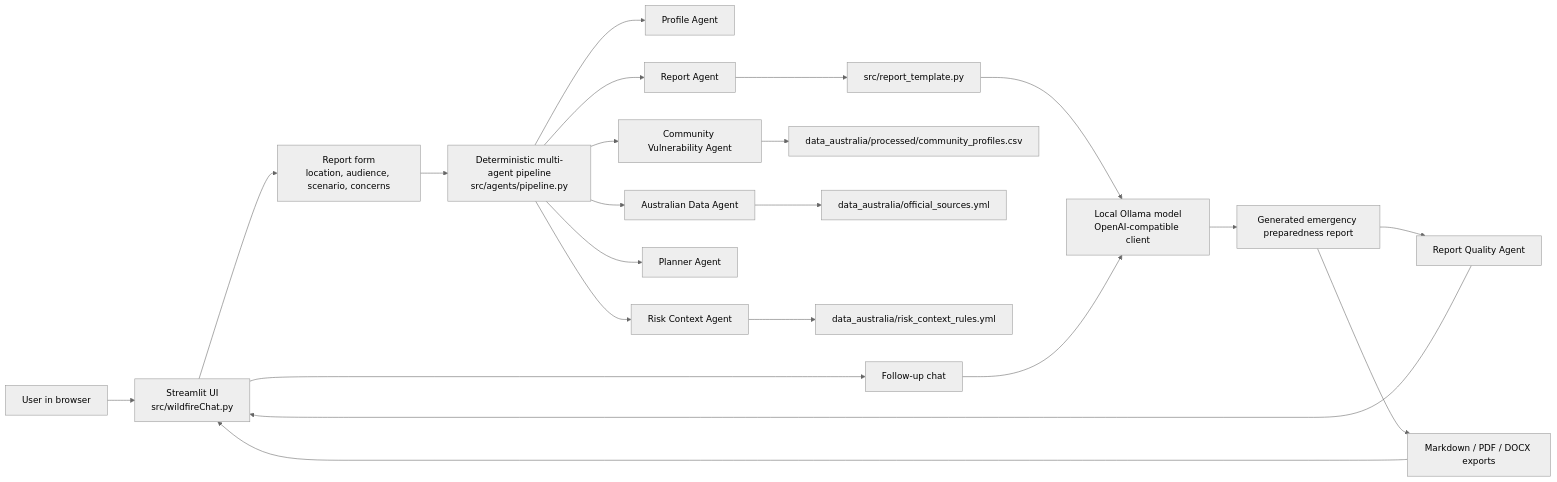
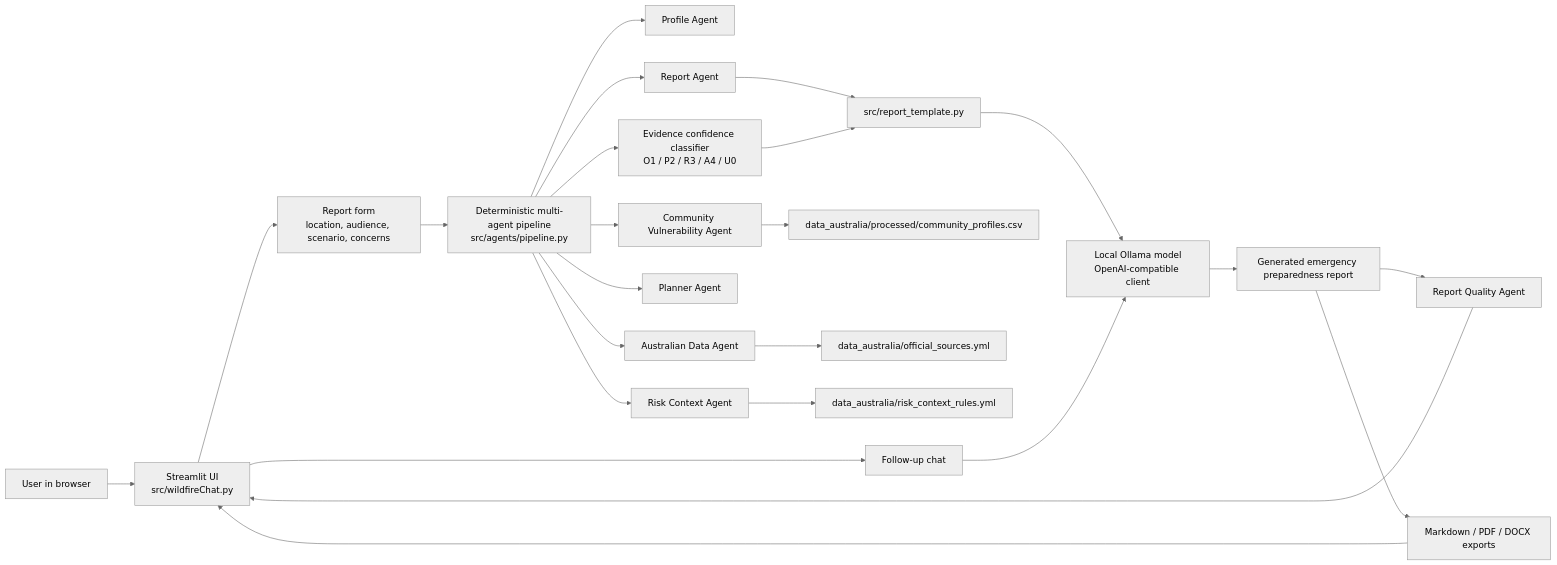
One commit to shuxiachai/BushfireReadyGPT changed the first of 2 diagrams in docs/architecture.md. Above: the diagram before and after it, drawn with Mermaid (neutral theme). The commit also changed other lines of this file and 21 other files, not shown here.

Commit message:
Add evidence confidence classification

````diff
--- a/docs/architecture.md
+++ b/docs/architecture.md
@@ -5,28 +5,30 @@
 ```mermaid
 flowchart LR
     User[User in browser] --> UI[Streamlit UI<br/>src/wildfireChat.py]
     UI --> Form[Report form<br/>location, audience, scenario, concerns]
     UI --> Chat[Follow-up chat]
 
     Form --> Pipeline[Deterministic multi-agent pipeline<br/>src/agents/pipeline.py]
     Pipeline --> Profile[Profile Agent]
     Pipeline --> Data[Australian Data Agent]
     Pipeline --> Community[Community Vulnerability Agent]
     Pipeline --> Risk[Risk Context Agent]
     Pipeline --> Planner[Planner Agent]
     Pipeline --> ReportContext[Report Agent]
 
     Community --> ProcessedData[data_australia/processed/community_profiles.csv]
     Data --> OfficialSources[data_australia/official_sources.yml]
     Risk --> RiskRules[data_australia/risk_context_rules.yml]
 
     ReportContext --> Prompt[src/report_template.py]
+    Pipeline --> Confidence[Evidence confidence classifier<br/>O1 / P2 / R3 / A4 / U0]
+    Confidence --> Prompt
     Prompt --> Ollama[Local Ollama model<br/>OpenAI-compatible client]
     Chat --> Ollama
     Ollama --> Report[Generated emergency preparedness report]
 
     Report --> Quality[Report Quality Agent]
     Report --> Exports[Markdown / PDF / DOCX exports]
     Quality --> UI
     Exports --> UI
 ```
````
